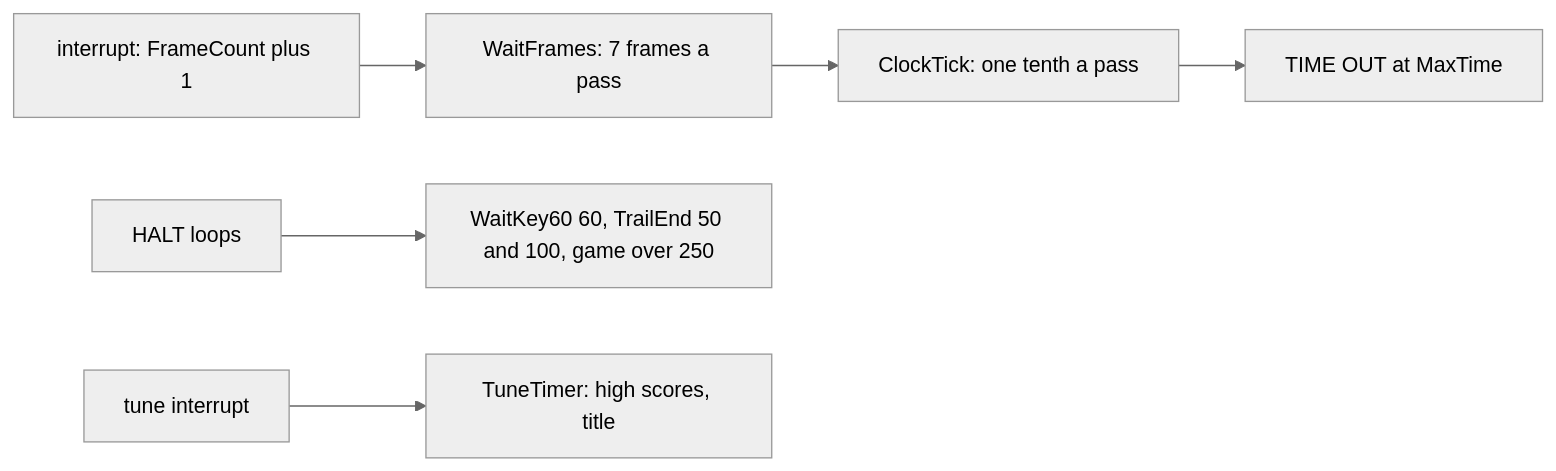
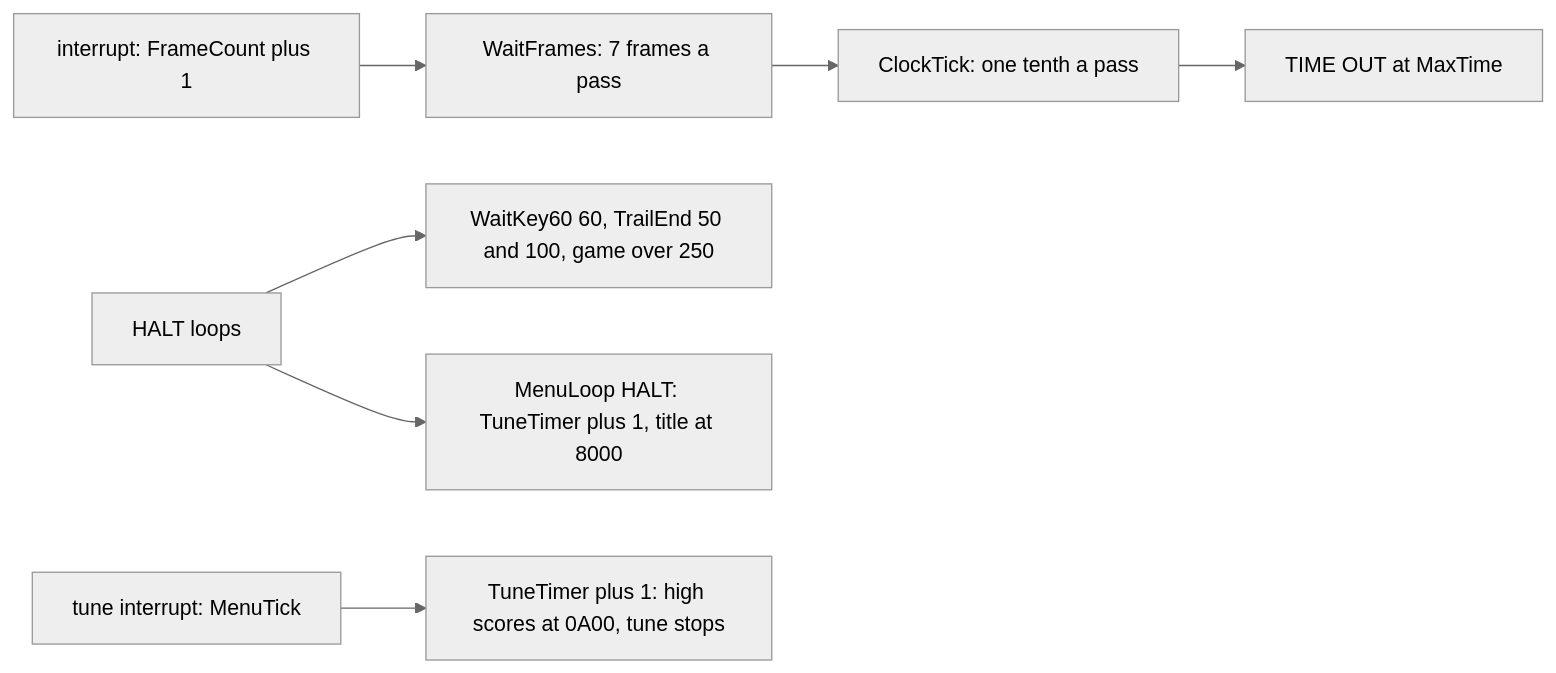
One commit to alfishe/unrealng-reverse-cases changed the tenth of 10 diagrams in games/atv-simulator/docs/04-game-loop.md. Above: the diagram before and after it, drawn with Mermaid (neutral theme). The commit also changed other lines of this file and 32 other files, not shown here.

````diff
--- a/games/atv-simulator/docs/04-game-loop.md
+++ b/games/atv-simulator/docs/04-game-loop.md
@@ -885,8 +894,9 @@
 ```mermaid
 flowchart LR
     A["interrupt: FrameCount plus 1"] --> B["WaitFrames: 7 frames a pass"]
     B --> C["ClockTick: one tenth a pass"]
     C --> D["TIME OUT at MaxTime"]
     E["HALT loops"] --> F["WaitKey60 60, TrailEnd 50 and 100, game over 250"]
-    G["tune interrupt"] --> H["TuneTimer: high scores, title"]
+    G["tune interrupt: MenuTick"] --> H["TuneTimer plus 1: high scores at 0A00, tune stops"]
+    E --> I["MenuLoop HALT: TuneTimer plus 1, title at 8000"]
 ```
````
